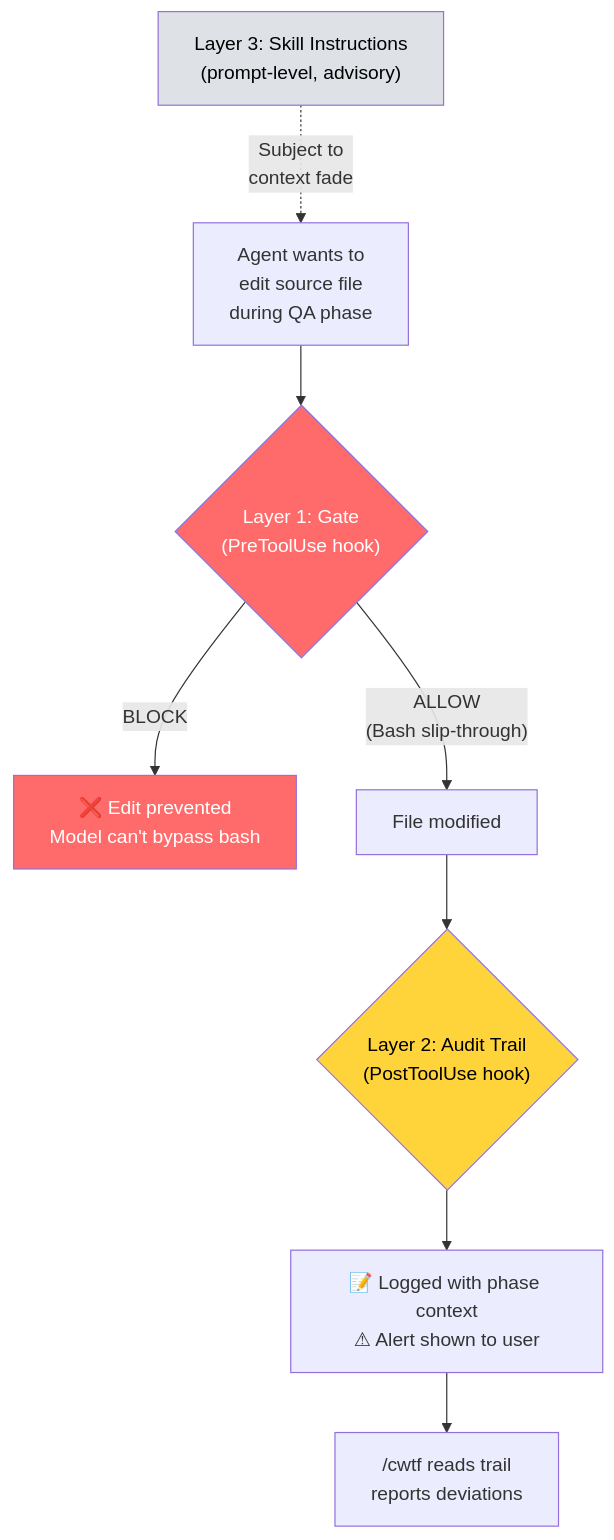
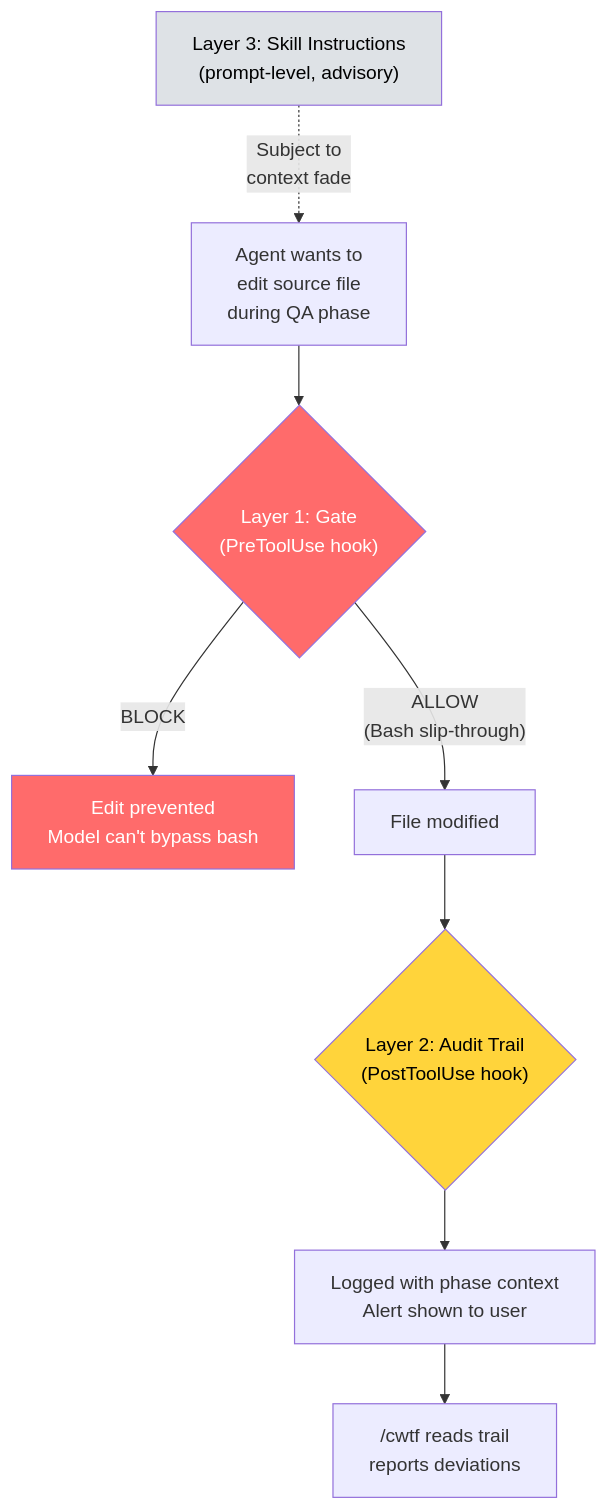
One commit to joshft/correctless changed the fourth of 5 diagrams in README.md. Above: the diagram before and after it, drawn with Mermaid. The commit also changed other lines of this file and 130 other files, not shown here.

````diff
--- a/README.md
+++ b/README.md
@@ -177,16 +201,16 @@
 ```mermaid
 graph TD
     A["Agent wants to<br/>edit source file<br/>during QA phase"] --> B{"Layer 1: Gate<br/>(PreToolUse hook)"}
-    B -->|"BLOCK"| C["❌ Edit prevented<br/>Model can't bypass bash"]
+    B -->|"BLOCK"| C["Edit prevented<br/>Model can't bypass bash"]
     B -->|"ALLOW<br/>(Bash slip-through)"| D["File modified"]
     D --> E{"Layer 2: Audit Trail<br/>(PostToolUse hook)"}
-    E --> F["📝 Logged with phase context<br/>⚠ Alert shown to user"]
+    E --> F["Logged with phase context<br/>Alert shown to user"]
     F --> G["/cwtf reads trail<br/>reports deviations"]
 
     H["Layer 3: Skill Instructions<br/>(prompt-level, advisory)"] -.->|"Subject to<br/>context fade"| A
 
     style B fill:#ff6b6b,color:#fff
     style C fill:#ff6b6b,color:#fff
     style E fill:#ffd43b,color:#000
     style H fill:#dee2e6,color:#000
 ```
````
